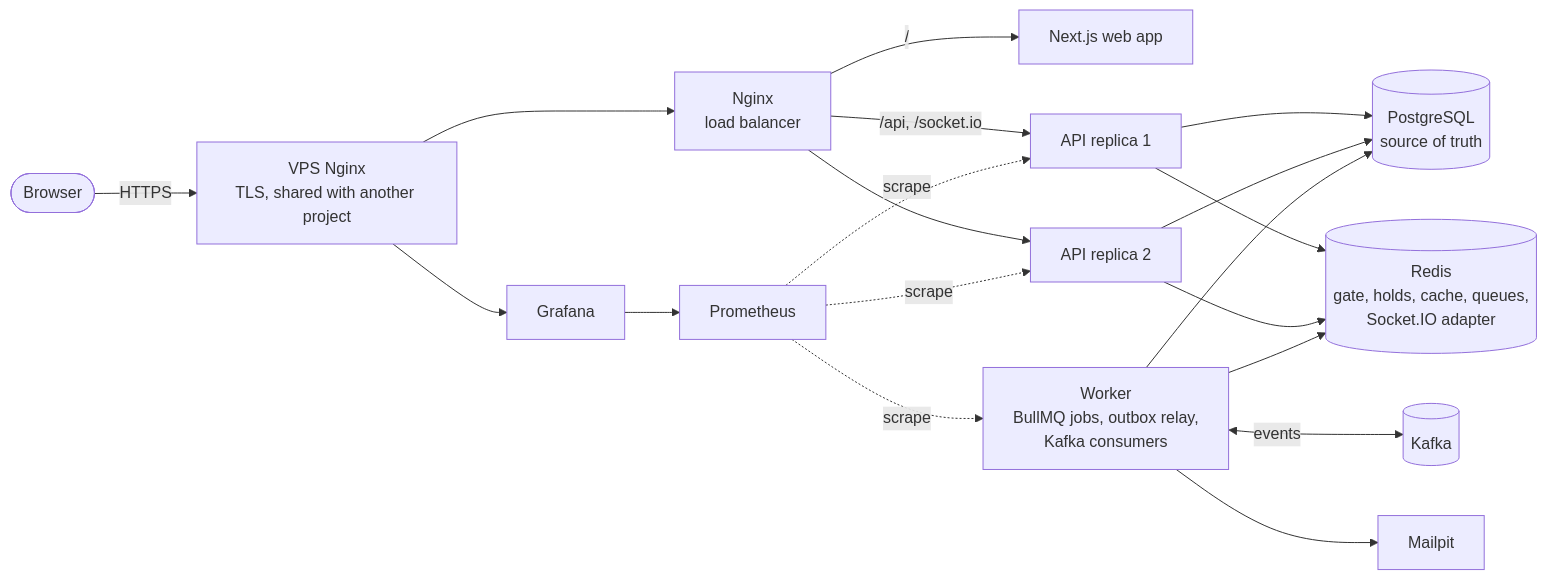
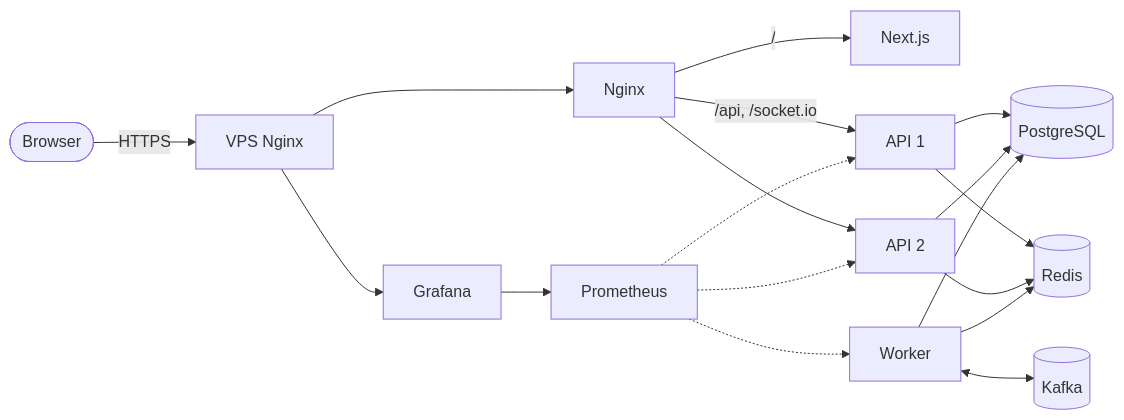
Before and after one commit to mquanggdev/questa-booking: the diagram in README.md, drawn with Mermaid. The commit also changed other lines of this file and 1 other file, not shown here.

````diff
--- a/README.md
+++ b/README.md
@@ -25,17 +20,16 @@
 ```mermaid
 flowchart LR
-  user([Browser]) -->|HTTPS| edge["VPS Nginx<br/>TLS, shared with another project"]
-  edge --> lb["Nginx<br/>load balancer"]
+  user([Browser]) -->|HTTPS| edge[VPS Nginx]
+  edge --> lb[Nginx]
   edge --> grafana[Grafana]
-  lb -->|"/"| web[Next.js web app]
-  lb -->|"/api, /socket.io"| api1[API replica 1]
-  lb --> api2[API replica 2]
-  api1 & api2 --> pg[("PostgreSQL<br/>source of truth")]
-  api1 & api2 --> redis[("Redis<br/>gate, holds, cache, queues,<br/>Socket.IO adapter")]
-  worker["Worker<br/>BullMQ jobs, outbox relay,<br/>Kafka consumers"] --> pg
+  lb -->|"/"| web[Next.js]
+  lb -->|"/api, /socket.io"| api1[API 1]
+  lb --> api2[API 2]
+  api1 & api2 --> pg[(PostgreSQL)]
+  api1 & api2 --> redis[(Redis)]
+  worker[Worker] --> pg
   worker --> redis
-  worker <-->|events| kafka[("Kafka")]
-  worker --> mail[Mailpit]
-  prom[Prometheus] -.->|scrape| api1 & api2 & worker
+  worker <--> kafka[(Kafka)]
+  prom[Prometheus] -.-> api1 & api2 & worker
   grafana --> prom
 ```
````
